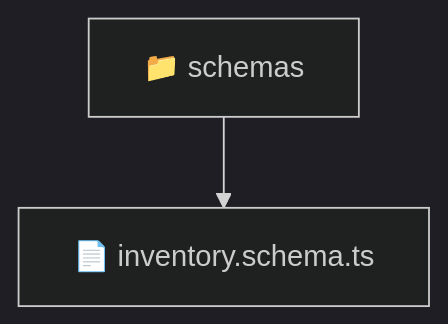
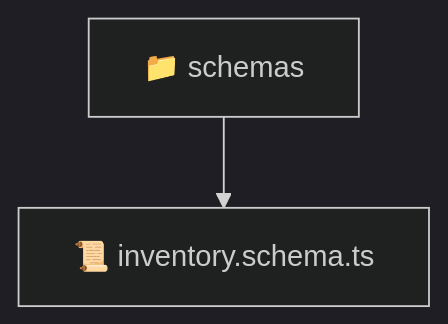
The diagram in backend/src/modules/inventory/infrastructure/schemas/README.md (beginwebdev2002/fullstack-mavluda), drawn with Mermaid (dark theme) before and after one commit. The commit also changed other lines of this file and 163 other files, not shown here.

````diff
--- a/backend/src/modules/inventory/infrastructure/schemas/README.md
+++ b/backend/src/modules/inventory/infrastructure/schemas/README.md
@@ -9,5 +9,5 @@
 ```mermaid
 graph TD
-  Root["📁 schemas"]
-  Root --> inventory_schema_ts["📄 inventory.schema.ts"]
+  schemas["📁 schemas"]
+  schemas --> inventory_schema_ts["📜 inventory.schema.ts"]
 ```
````
